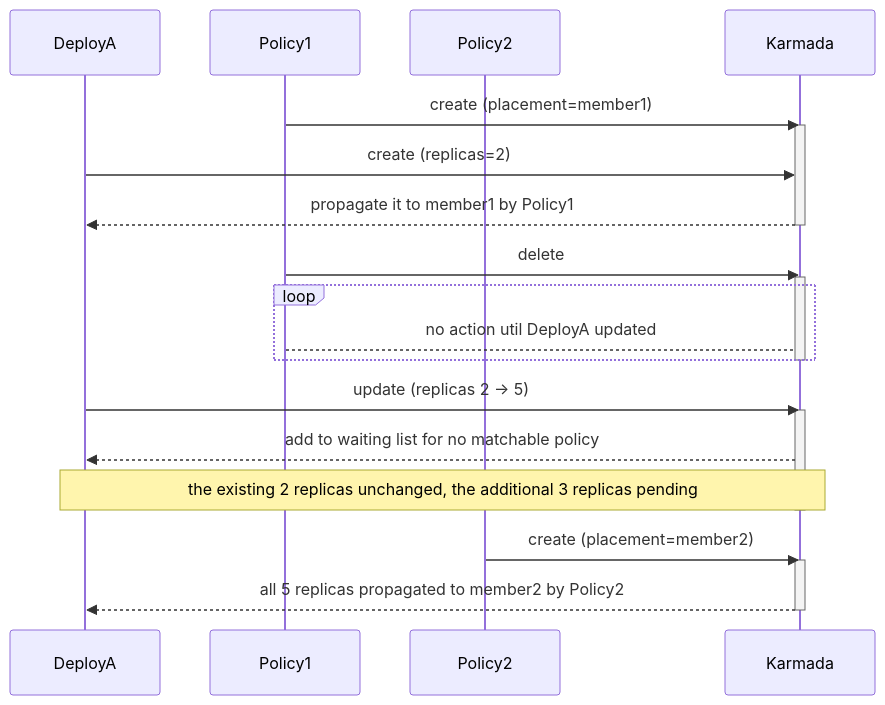
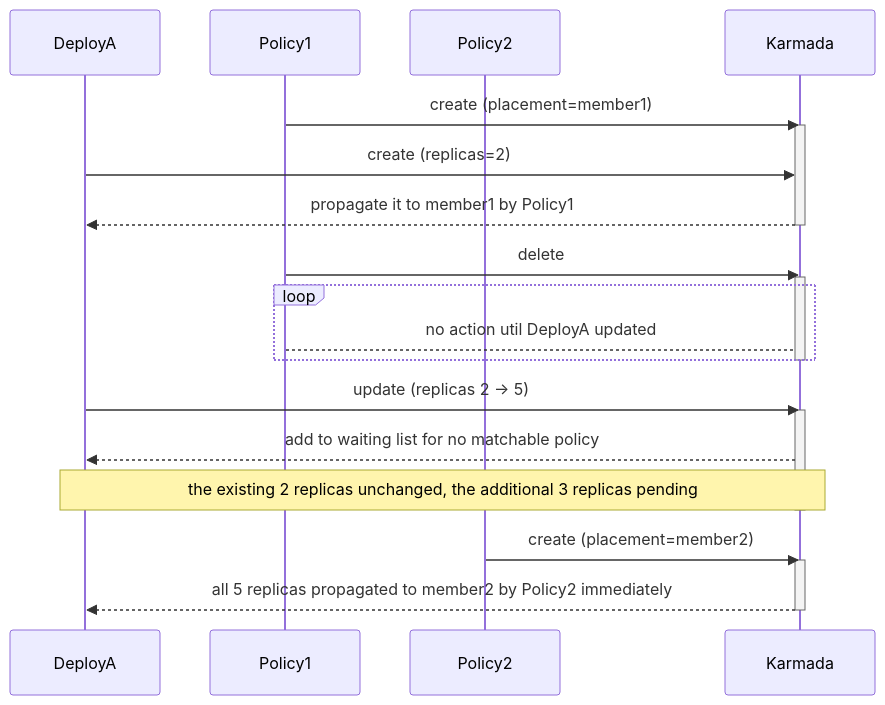
The sixth of 6 diagrams in docs/proposals/scheduling/policy-effetive-strategy/statization-of-propagation-policy.md (guoqinwill/karmada), drawn with Mermaid before and after one commit. The commit also changed other lines of this file, not shown here.

````diff
--- a/docs/proposals/scheduling/policy-effetive-strategy/statization-of-propagation-policy.md
+++ b/docs/proposals/scheduling/policy-effetive-strategy/statization-of-propagation-policy.md
@@ -342,31 +343,31 @@
 ```mermaid
 sequenceDiagram
   participant DeployA
   participant Policy1
   participant Policy2
   participant Karmada
 
   Policy1 ->> Karmada: create (placement=member1)
   activate Karmada
   DeployA ->> Karmada: create (replicas=2)
   Karmada -->> DeployA: propagate it to member1 by Policy1
   deactivate Karmada
   
   Policy1 ->> Karmada: delete
   activate Karmada
   loop
     Policy1 --> Karmada: no action util DeployA updated
   end
   deactivate Karmada
 
   DeployA ->> Karmada: update (replicas 2 -> 5)
   activate Karmada
   Karmada -->> DeployA: add to waiting list for no matchable policy
   Note over DeployA, Karmada: the existing 2 replicas unchanged, the additional 3 replicas pending
   deactivate Karmada
 
   Policy2 ->> Karmada: create (placement=member2)
   activate Karmada
-  Karmada -->> DeployA: all 5 replicas propagated to member2 by Policy2
+  Karmada -->> DeployA: all 5 replicas propagated to member2 by Policy2 immediately
   deactivate Karmada
 ```
````
